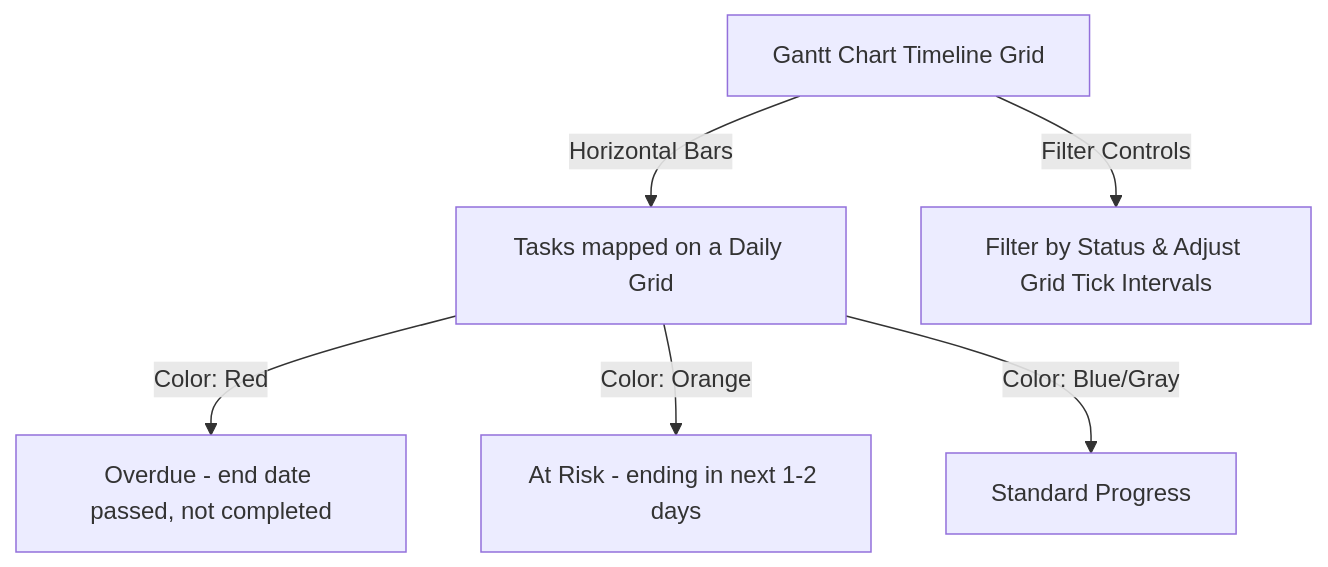
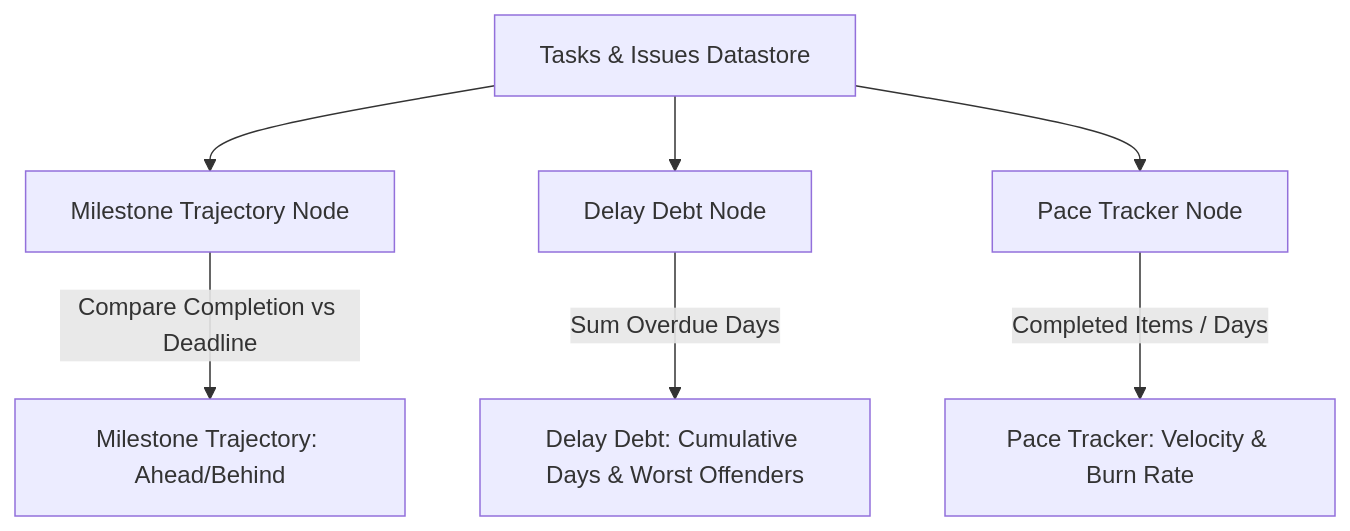
Before and after one commit to ritesh-sinha29/Wekraft-testing: the diagram in src/content/docs/time-logs.md, drawn with Mermaid. The commit also changed other lines of this file and 236 other files, not shown here.

````diff
--- a/src/content/docs/time-logs.md
+++ b/src/content/docs/time-logs.md
@@ -40,8 +20,9 @@
 ```mermaid
 graph TD
-    Timeline[Gantt Chart Timeline Grid] -->|Horizontal Bars| TaskBars[Tasks mapped on a Daily Grid]
-    TaskBars -->|Color: Red| Overdue[Overdue - end date passed, not completed]
-    TaskBars -->|Color: Orange| AtRisk[At Risk - ending in next 1-2 days]
-    TaskBars -->|Color: Blue/Gray| Stable[Standard Progress]
-    Timeline -->|Filter Controls| Filters[Filter by Status & Adjust Grid Tick Intervals]
+    Data[Tasks & Issues Datastore] --> TrajectoryCalc[Milestone Trajectory Node]
+    Data --> DebtCalc[Delay Debt Node]
+    Data --> PaceCalc[Pace Tracker Node]
+    TrajectoryCalc -->|Compare Completion vs Deadline| TrajCard[Milestone Trajectory: Ahead/Behind]
+    DebtCalc -->|Sum Overdue Days | DebtCard[Delay Debt: Cumulative Days & Worst Offenders]
+    PaceCalc -->|Completed Items / Days| PaceCard[Pace Tracker: Velocity & Burn Rate]
 ```
````
